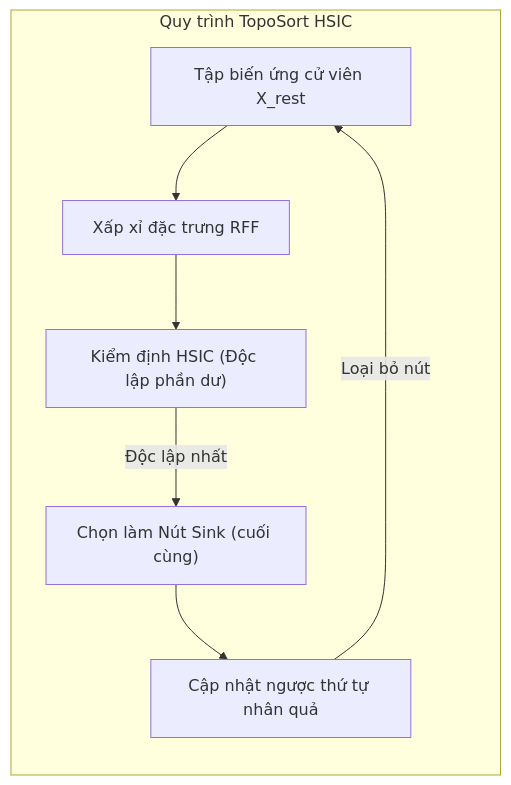
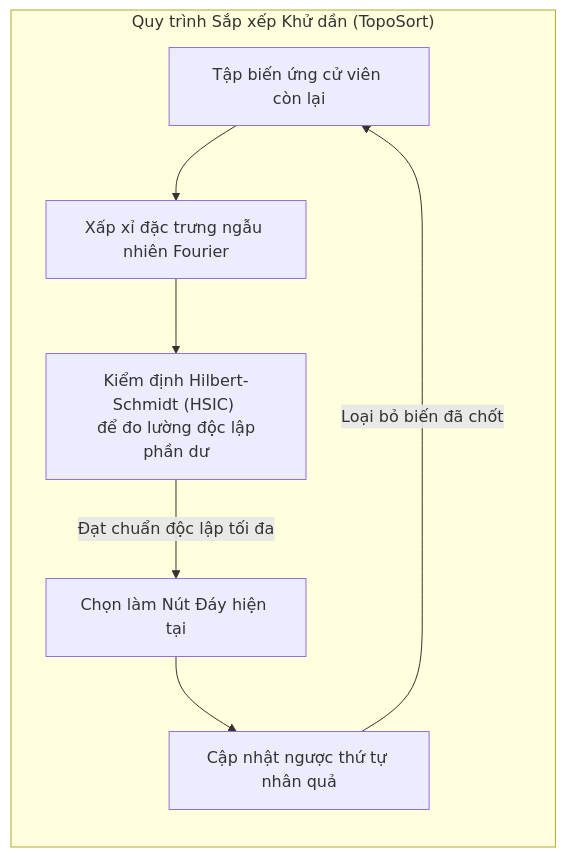
Before and after one commit to manhthai1706/DeepANM: the second of 6 diagrams in docx/Chuong2_MoHinhDeepANM.md, drawn with Mermaid. The commit also changed other lines of this file, not shown here.

````diff
--- a/docx/Chuong2_MoHinhDeepANM.md
+++ b/docx/Chuong2_MoHinhDeepANM.md
@@ -53,11 +53,11 @@
 ```mermaid
 graph TD
-    subgraph TopoSort ["Quy trình TopoSort HSIC"]
+    subgraph TopoSort ["Quy trình Sắp xếp Khử dần (TopoSort)"]
         direction TB
-        X["Tập biến ứng cử viên X_rest"] --> RFF["Xấp xỉ đặc trưng RFF"]
-        RFF --> Sink_Test["Kiểm định HSIC (Độc lập phần dư)"]
-        Sink_Test --> |"Độc lập nhất"| Sink_Node["Chọn làm Nút Sink (cuối cùng)"]
+        X["Tập biến ứng cử viên còn lại"] --> RFF["Xấp xỉ đặc trưng ngẫu nhiên Fourier"]
+        RFF --> Sink_Test["Kiểm định Hilbert-Schmidt (HSIC) \n để đo lường độc lập phần dư"]
+        Sink_Test --> |"Đạt chuẩn độc lập tối đa"| Sink_Node["Chọn làm Nút Đáy hiện tại"]
         Sink_Node --> Update["Cập nhật ngược thứ tự nhân quả"]
-        Update --> |"Loại bỏ nút"| X
+        Update --> |"Loại bỏ biến đã chốt"| X
     end
 ```
````
